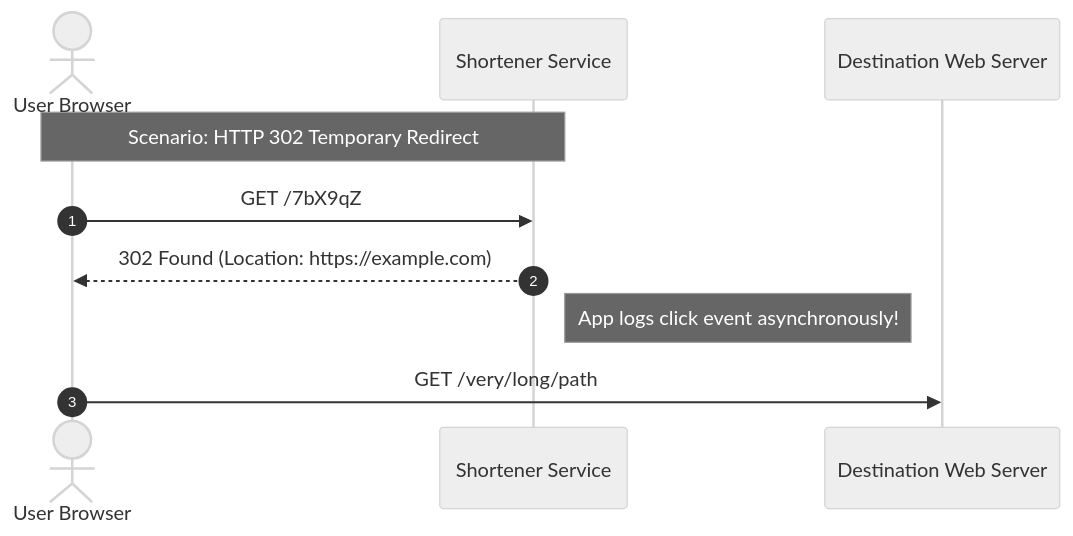
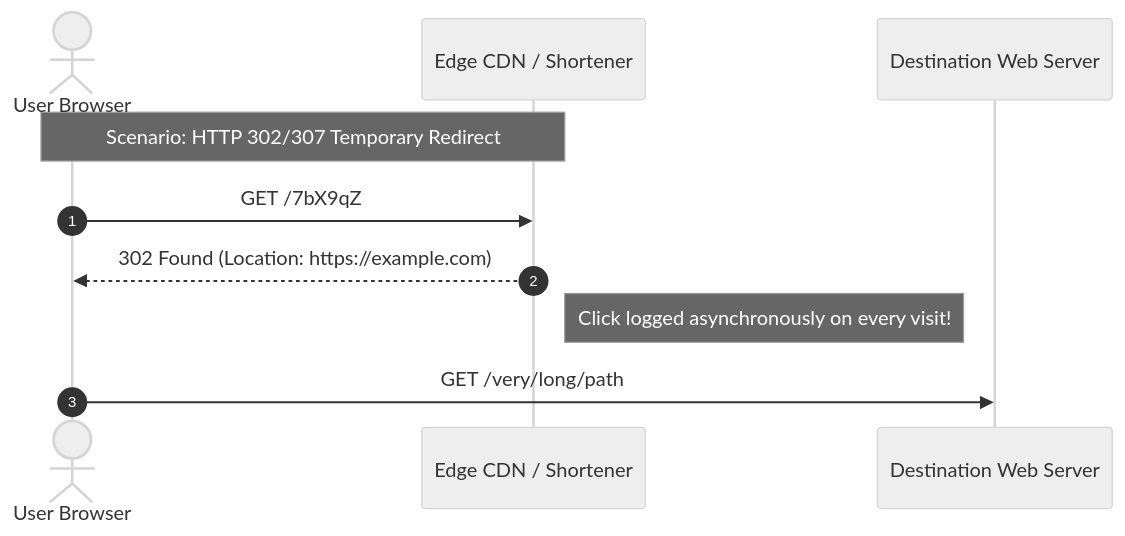
The third of 3 diagrams in systems/01-url-shortener/docs/HLD.md (asheeshsahu7300/system-design), drawn with Mermaid (neutral theme) before and after one commit. The commit also changed other lines of this file and 3 other files, not shown here.

````diff
--- a/systems/01-url-shortener/docs/HLD.md
+++ b/systems/01-url-shortener/docs/HLD.md
@@ -155,13 +160,13 @@
 ```mermaid
 sequenceDiagram
     autonumber
     actor User as User Browser
-    participant App as Shortener Service
+    participant Edge as Edge CDN / Shortener
     participant Target as Destination Web Server
 
-    Note over User, App: Scenario: HTTP 302 Temporary Redirect
-    User->>App: GET /7bX9qZ
-    App-->>User: 302 Found (Location: https://example.com)
-    Note right of App: App logs click event asynchronously!
+    Note over User, Edge: Scenario: HTTP 302/307 Temporary Redirect
+    User->>Edge: GET /7bX9qZ
+    Edge-->>User: 302 Found (Location: https://example.com)
+    Note right of Edge: Click logged asynchronously on every visit!
     User->>Target: GET /very/long/path
 ```
````
